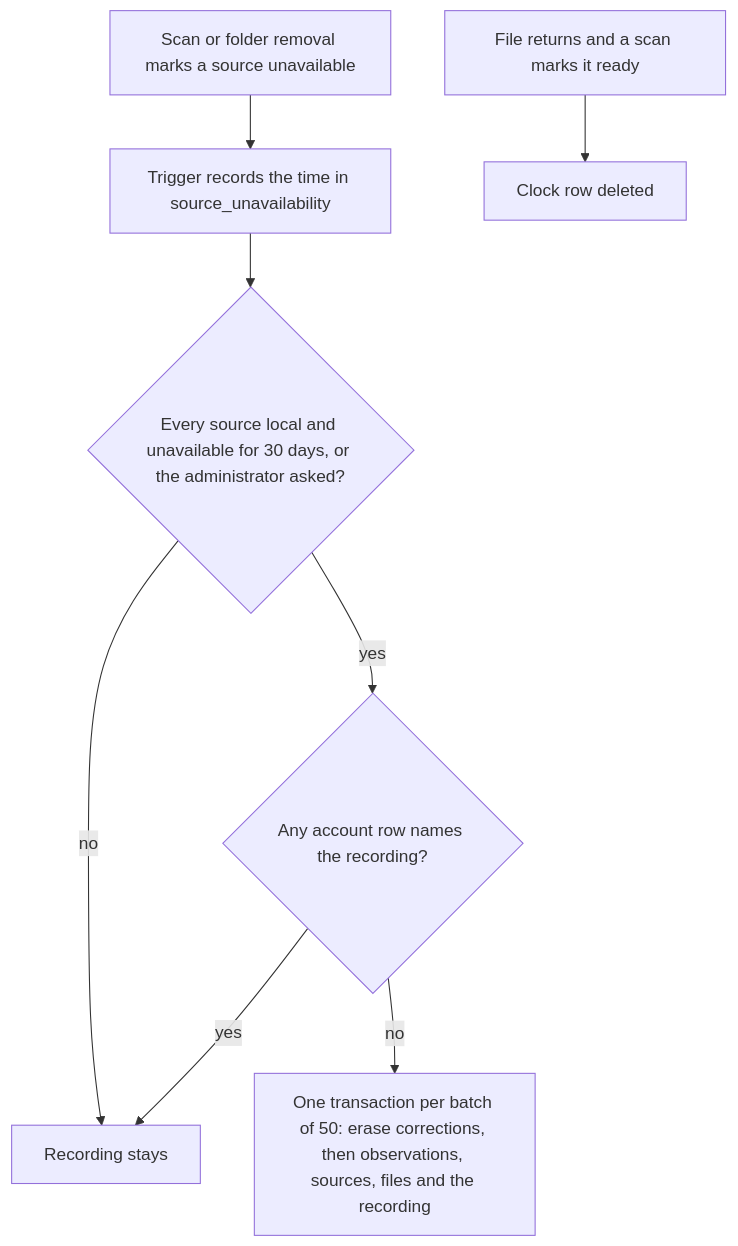
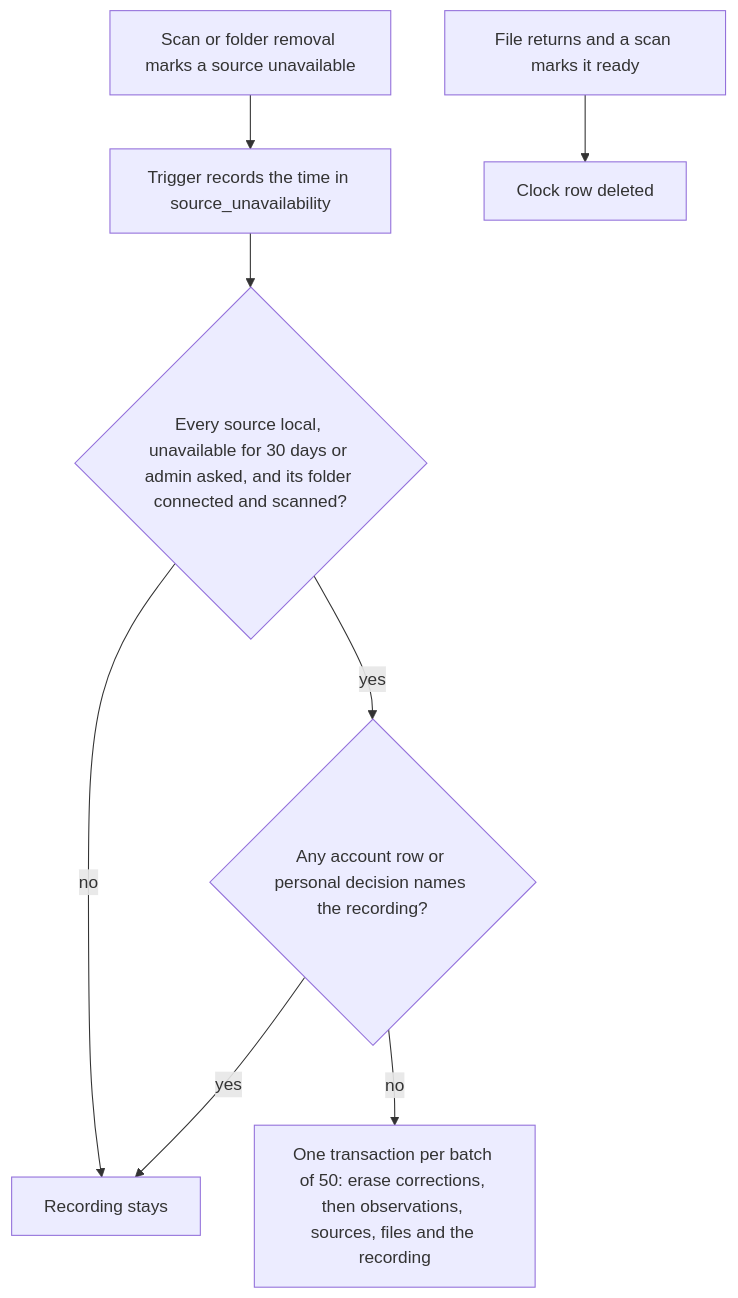
Before and after one commit to acidiney/hitoapp: the third of 4 diagrams in docs/music-folders.md, drawn with Mermaid. The commit also changed other lines of this file and 2 other files, not shown here.

Commit message:
Document folder-confirmed absence, personal decisions as references and the unavailable-folder refusal

````diff
--- a/docs/music-folders.md
+++ b/docs/music-folders.md
@@ -84,10 +84,10 @@
 ```mermaid
 flowchart TD
   Gone[Scan or folder removal marks a source unavailable] --> Clock[Trigger records the time in source_unavailability]
   Back[File returns and a scan marks it ready] --> Reset[Clock row deleted]
-  Clock --> Eligible{Every source local and unavailable for 30 days, or the administrator asked?}
+  Clock --> Eligible{Every source local, unavailable for 30 days or admin asked, and its folder connected and scanned?}
   Eligible -- no --> Keep[Recording stays]
-  Eligible -- yes --> Used{Any account row names the recording?}
+  Eligible -- yes --> Used{Any account row or personal decision names the recording?}
   Used -- yes --> Keep
   Used -- no --> Purge[One transaction per batch of 50: erase corrections, then observations, sources, files and the recording]
 ```
````
